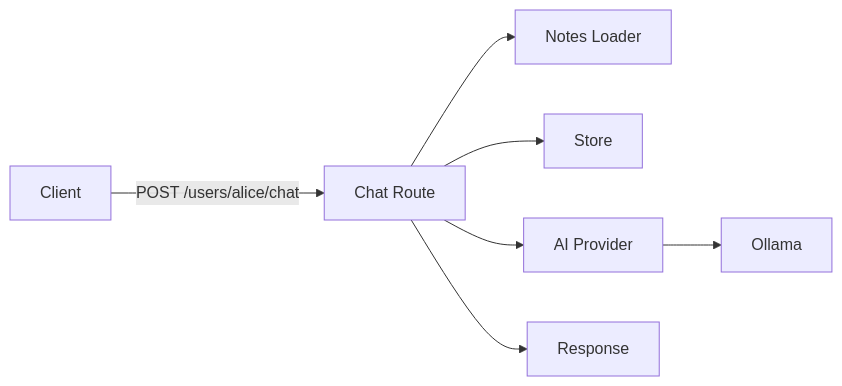
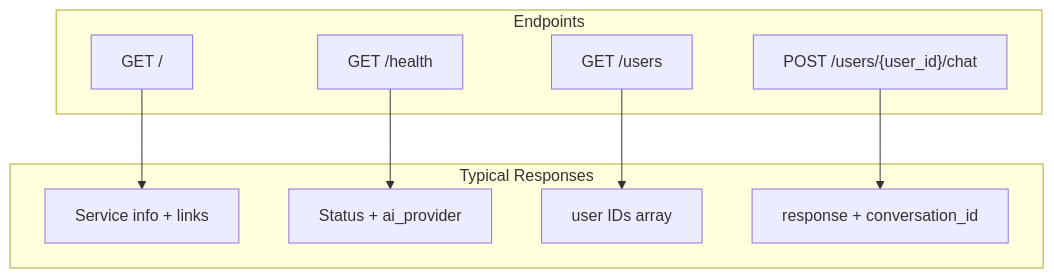
Before and after one commit to StevenGann/Gregory: the first of 2 diagrams in docs/API.md, drawn with Mermaid. The commit also changed other lines of this file and 28 other files, not shown here.

````diff
--- a/docs/API.md
+++ b/docs/API.md
@@ -120,9 +12,16 @@
 ```mermaid
-flowchart LR
-    A[Client] -->|POST /users/alice/chat| B[Chat Route]
-    B --> C[Notes Loader]
-    B --> D[Store]
-    B --> E[AI Provider]
-    E --> F[Ollama]
-    B --> G[Response]
+flowchart TB
+    subgraph endpoints [Endpoints]
+        Root["GET /"]
+        Health["GET /health"]
+        Users["GET /users"]
+        Chat["POST /users/{user_id}/chat"]
+    end
+
+    subgraph responses [Typical Responses]
+        Root --> RootResp[Service info + links]
+        Health --> HealthResp[Status + ai_provider]
+        Users --> UsersResp[user IDs array]
+        Chat --> ChatResp[response + conversation_id]
+    end
 ```
````
